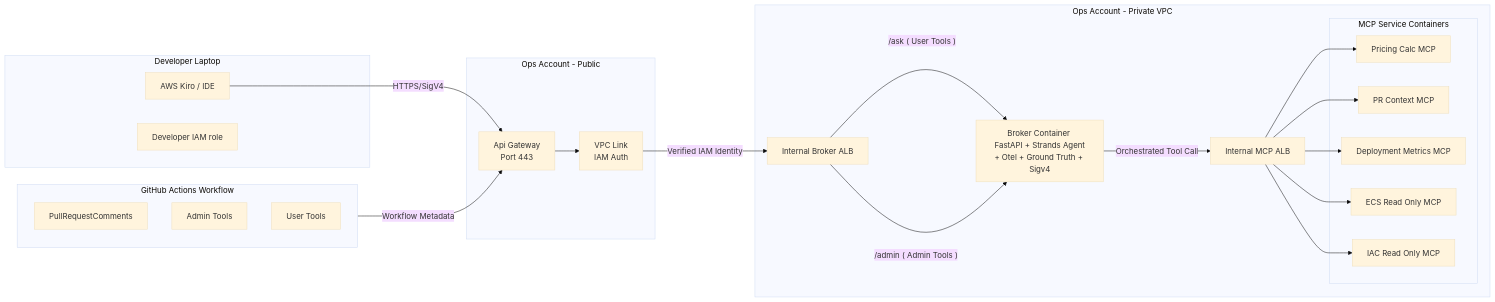
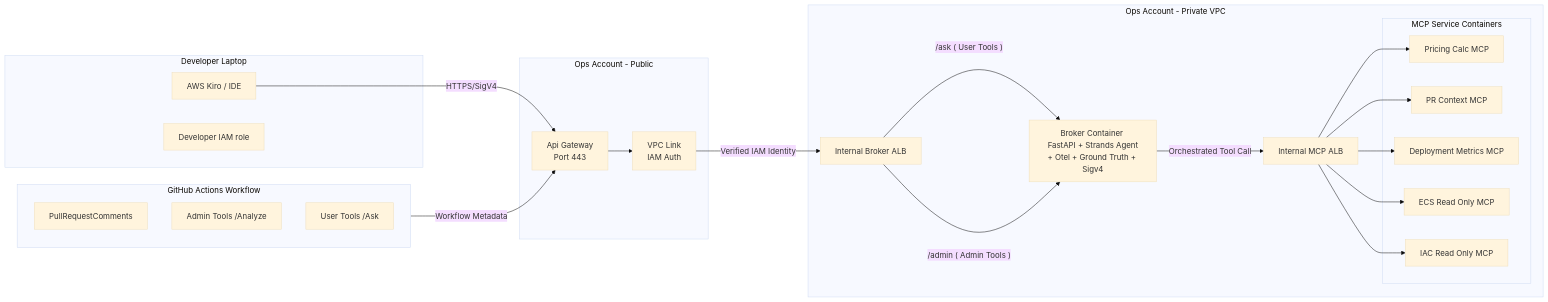
The diagram in README.md (Demo-MCP/mcp-cross-account-pipeline), drawn with Mermaid (base theme) before and after one commit. The commit also changed 1 other file, not shown here.

Commit message:
Added raw Architecture image

````diff
--- a/README.md
+++ b/README.md
@@ -7,46 +7,46 @@
 ```mermaid
 graph LR
     subgraph DevAccount [Developer Laptop]
         Client[AWS Kiro / IDE]
         Role[Developer IAM role]
     end
 
     subgraph GitHubActions [GitHub Actions Workflow]
         PullRequestComments
-        /Analyze[Admin Tools]
-        /Ask[User Tools]
+	Analyze[Admin Tools /Analyze]
+        Ask[User Tools /Ask]
         
     end
 
     subgraph OpsAccount [Ops Account - Public]
         NLB[Api Gateway  <br/> Port 443]
         Fargate[VPC Link <br/> IAM Auth]
     end
 
     subgraph OpsAccountPrivate [Ops Account - Private VPC]
         BrokerALB[Internal Broker ALB]
         BrokerSvc[Broker Container <br/> FastAPI + Strands Agent + Otel + Ground Truth + Sigv4]
         MCPALB[Internal MCP ALB]
         
         subgraph MCPServices [MCP Service Containers]
             Pricing[Pricing Calc MCP]
             PR[PR Context MCP]
             Metrics[Deployment Metrics MCP]
             ECS[ECS Read Only MCP]
             IAC[IAC Read Only MCP]
         end
     end
 
     Client -- HTTPS/SigV4 --> NLB
     GitHubActions -- Workflow Metadata --> NLB
     NLB --> Fargate
     Fargate -- Verified IAM Identity --> BrokerALB
     BrokerALB -- /ask ( User Tools )--> BrokerSvc
     BrokerALB -- /admin ( Admin Tools )--> BrokerSvc
     BrokerSvc -- Orchestrated Tool Call --> MCPALB
     MCPALB --> Pricing
     MCPALB --> PR
     MCPALB --> Metrics
     MCPALB --> ECS
     MCPALB --> IAC
 ```
````
